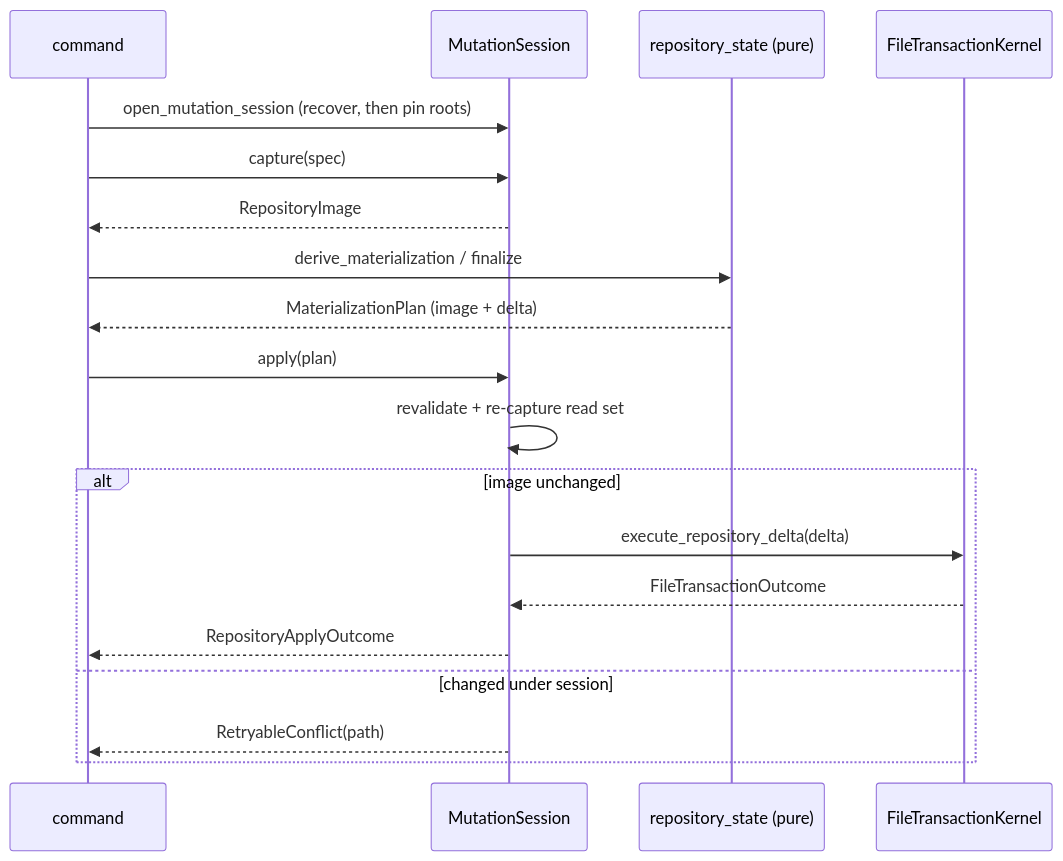
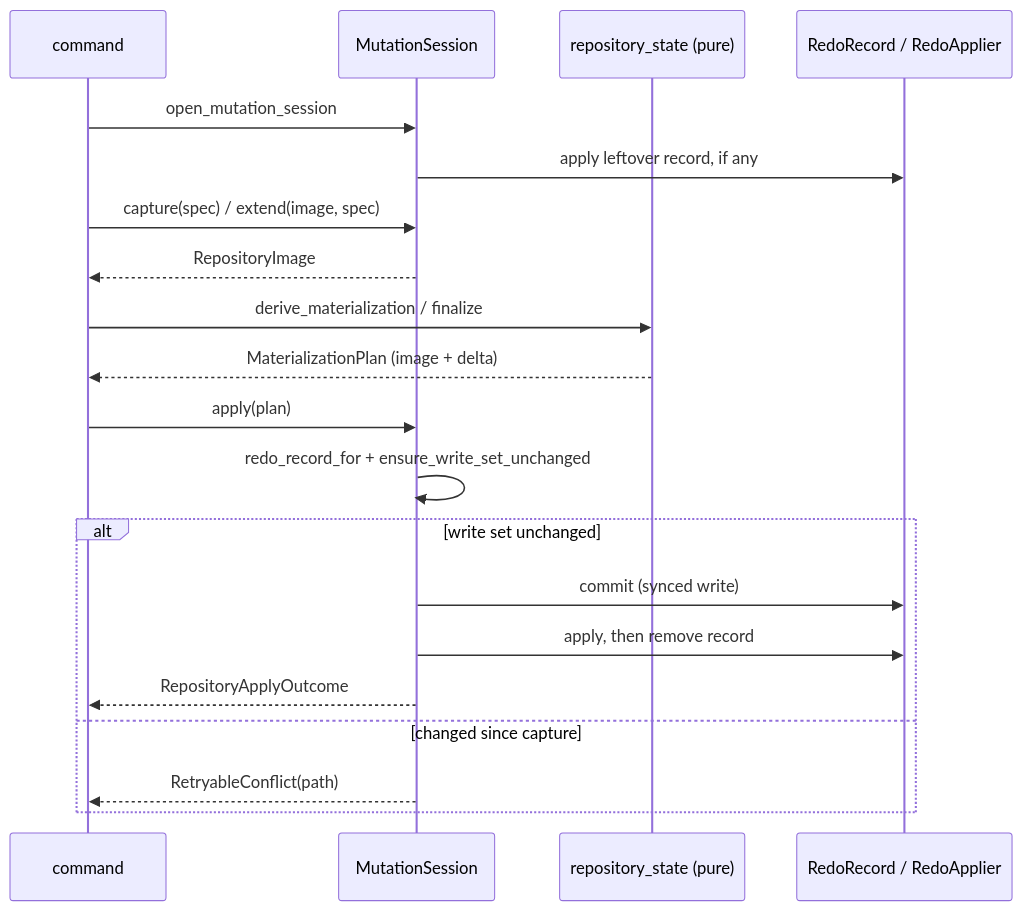
The fourth of 4 diagrams in dev/architecture/repository-state-materialization.md (erankavija/just-in-time), drawn with Mermaid before and after one commit. The commit also changed other lines of this file and 2 other files, not shown here.

Commit message:
docs(jit:be13da79): describe redo-record publication in materialization note

````diff
--- a/dev/architecture/repository-state-materialization.md
+++ b/dev/architecture/repository-state-materialization.md
@@ -303,21 +325,22 @@
 ```mermaid
 sequenceDiagram
     participant C as command
     participant S as MutationSession
     participant P as repository_state (pure)
-    participant K as FileTransactionKernel
-    C->>S: open_mutation_session (recover, then pin roots)
-    C->>S: capture(spec)
+    participant R as RedoRecord / RedoApplier
+    C->>S: open_mutation_session
+    S->>R: apply leftover record, if any
+    C->>S: capture(spec) / extend(image, spec)
     S-->>C: RepositoryImage
     C->>P: derive_materialization / finalize
     P-->>C: MaterializationPlan (image + delta)
     C->>S: apply(plan)
-    S->>S: revalidate + re-capture read set
-    alt image unchanged
-        S->>K: execute_repository_delta(delta)
-        K-->>S: FileTransactionOutcome
+    S->>S: redo_record_for + ensure_write_set_unchanged
+    alt write set unchanged
+        S->>R: commit (synced write)
+        S->>R: apply, then remove record
         S-->>C: RepositoryApplyOutcome
-    else changed under session
+    else changed since capture
         S-->>C: RetryableConflict(path)
     end
 ```
````
